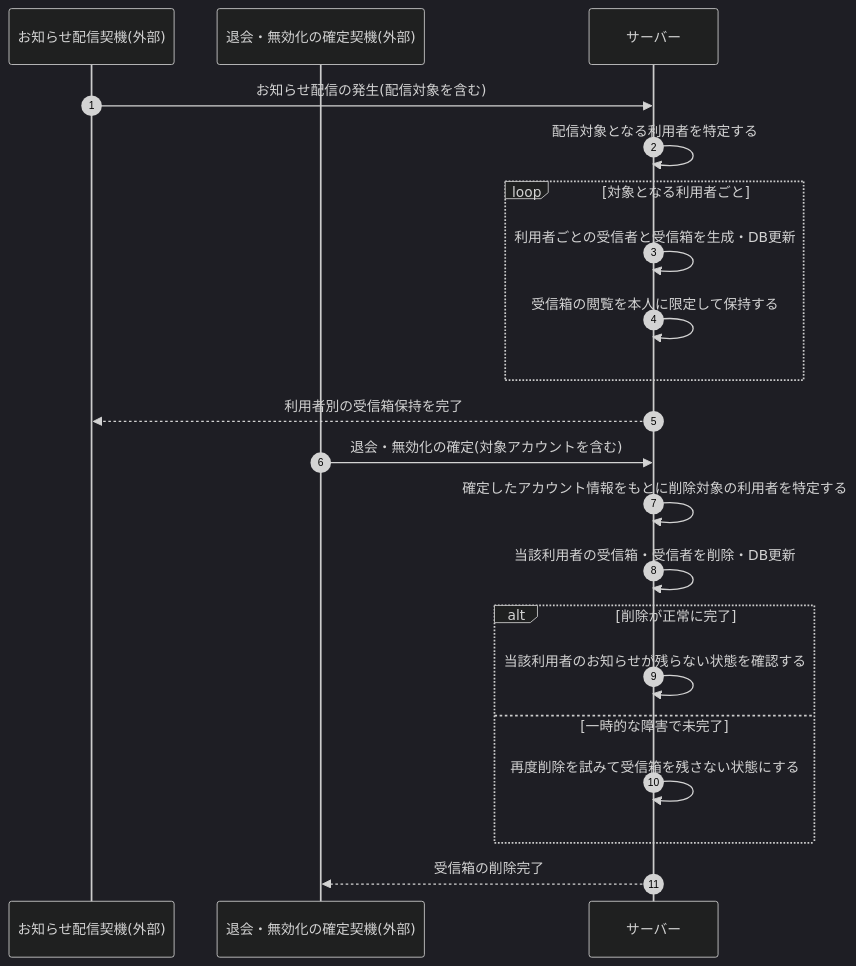
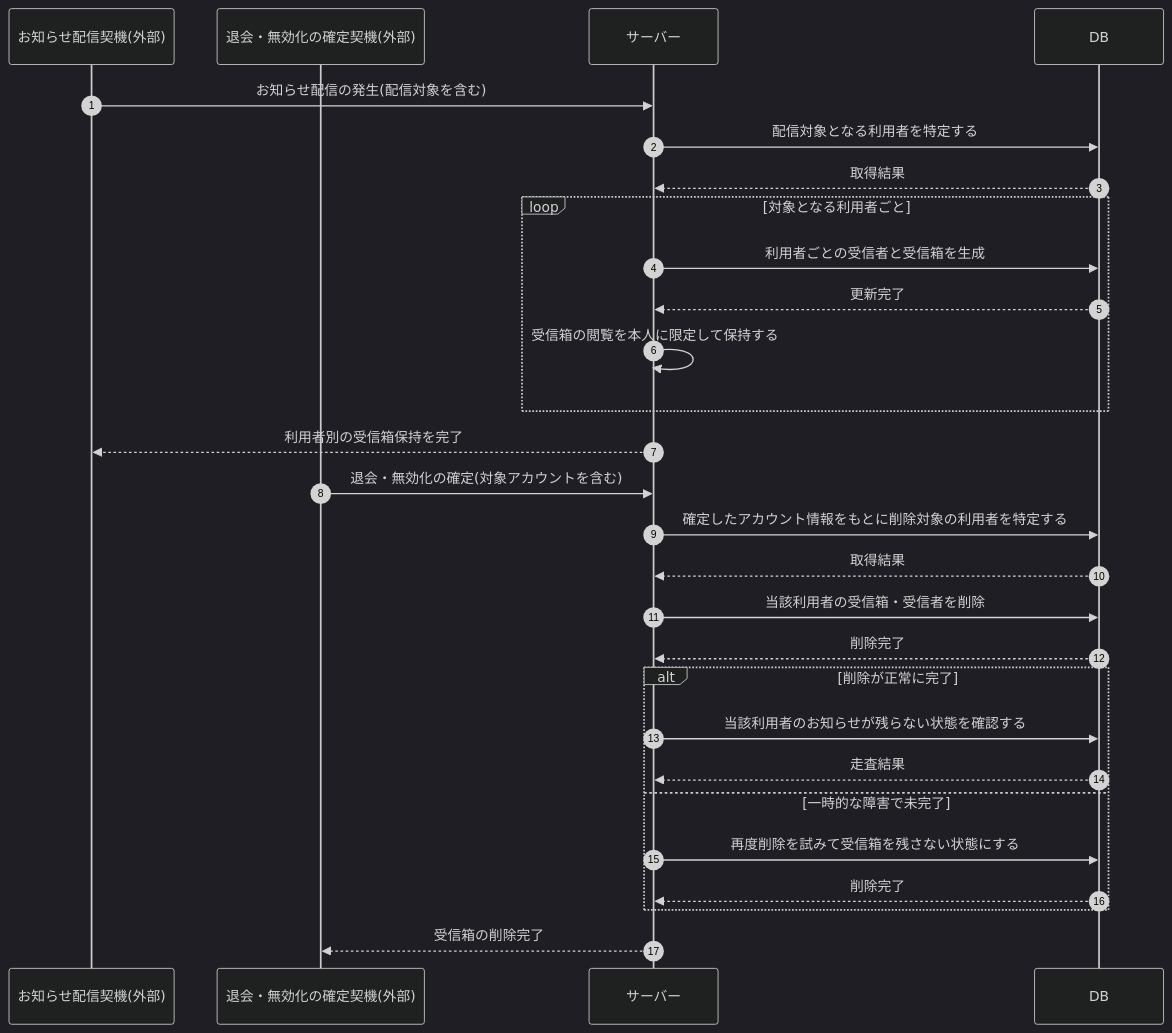
The diagram in 02_basic_design/03_sequences/SEQ-121.md (sikakou54/open-faq), drawn with Mermaid (dark theme) before and after one commit. The commit also changed other lines of this file and 122 other files, not shown here.

First line of the commit message:
シーケンス図に DB アクターを追加(DB 操作をサーバー自己メッセージから分離)

````diff
--- a/02_basic_design/03_sequences/SEQ-121.md
+++ b/02_basic_design/03_sequences/SEQ-121.md
@@ -26,25 +26,32 @@
 ```mermaid
 sequenceDiagram
   autonumber
   participant DLV as お知らせ配信契機(外部)
   participant ACC as 退会・無効化の確定契機(外部)
   participant Server as サーバー
+  participant DB as DB
 
   DLV->>Server: お知らせ配信の発生(配信対象を含む)
-  Server->>Server: 配信対象となる利用者を特定する
+  Server->>DB: 配信対象となる利用者を特定する
+  DB-->>Server: 取得結果
   loop 対象となる利用者ごと
-    Server->>Server: 利用者ごとの受信者と受信箱を生成・DB更新
+    Server->>DB: 利用者ごとの受信者と受信箱を生成
+    DB-->>Server: 更新完了
     Server->>Server: 受信箱の閲覧を本人に限定して保持する
   end
   Server-->>DLV: 利用者別の受信箱保持を完了
 
   ACC->>Server: 退会・無効化の確定(対象アカウントを含む)
-  Server->>Server: 確定したアカウント情報をもとに削除対象の利用者を特定する
-  Server->>Server: 当該利用者の受信箱・受信者を削除・DB更新
+  Server->>DB: 確定したアカウント情報をもとに削除対象の利用者を特定する
+  DB-->>Server: 取得結果
+  Server->>DB: 当該利用者の受信箱・受信者を削除
+  DB-->>Server: 削除完了
   alt 削除が正常に完了
-    Server->>Server: 当該利用者のお知らせが残らない状態を確認する
+    Server->>DB: 当該利用者のお知らせが残らない状態を確認する
+    DB-->>Server: 走査結果
   else 一時的な障害で未完了
-    Server->>Server: 再度削除を試みて受信箱を残さない状態にする
+    Server->>DB: 再度削除を試みて受信箱を残さない状態にする
+    DB-->>Server: 削除完了
   end
   Server-->>ACC: 受信箱の削除完了
 ```
````
